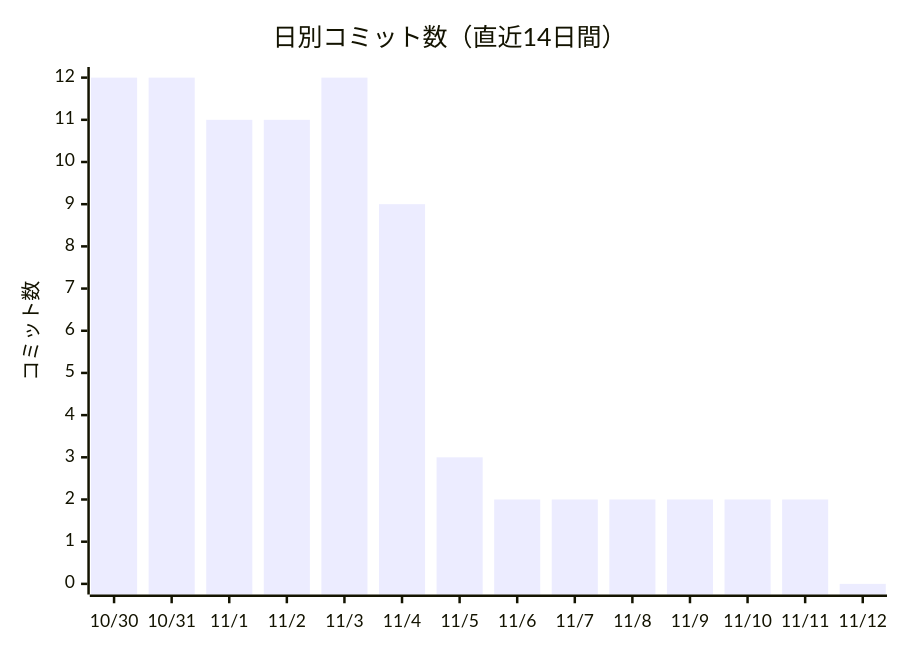
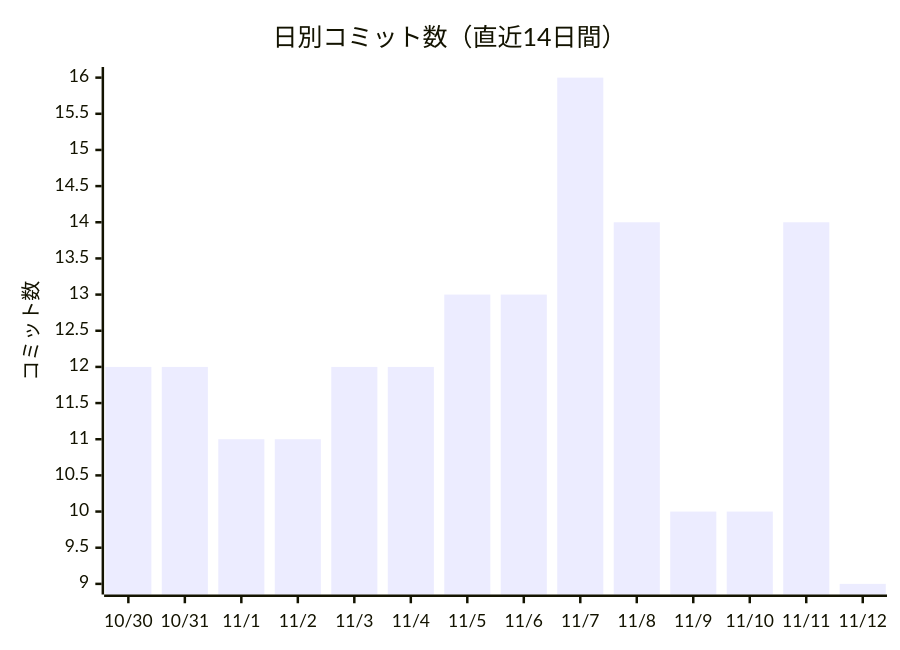
One commit to non-x2/non-x2 changed the first of 2 diagrams in docs/進化レポート.md. Above: the diagram before and after it, drawn with Mermaid. The commit also changed other lines of this file and 2 other files, not shown here.

````diff
--- a/docs/進化レポート.md
+++ b/docs/進化レポート.md
@@ -23,7 +25,7 @@
 ```mermaid
 xychart-beta
     title "日別コミット数（直近14日間）"
     x-axis ["10/30", "10/31", "11/1", "11/2", "11/3", "11/4", "11/5", "11/6", "11/7", "11/8", "11/9", "11/10", "11/11", "11/12"]
     y-axis "コミット数"
-    bar [12, 12, 11, 11, 12, 9, 3, 2, 2, 2, 2, 2, 2, 0]
+    bar [12, 12, 11, 11, 12, 12, 13, 13, 16, 14, 10, 10, 14, 9]
 ```
````
